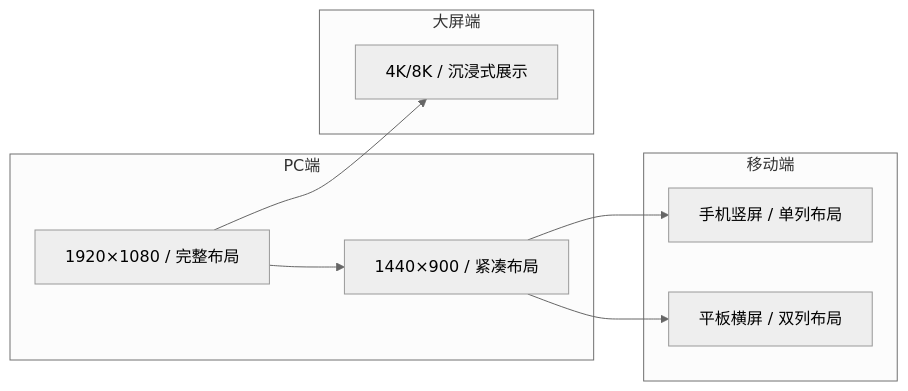
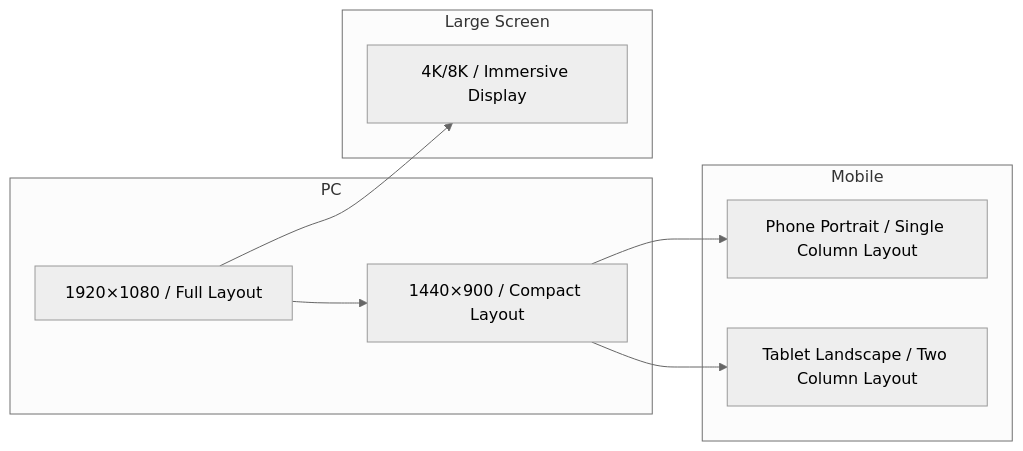
One commit to Kirky-X/cangjie changed the fifth of 9 diagrams in templates/产品/运营层/【模板】数据看板.md. Above: the diagram before and after it, drawn with Mermaid (neutral theme). The commit also changed other lines of this file and 60 other files, not shown here.

````diff
--- a/templates/产品/运营层/【模板】数据看板.md
+++ b/templates/产品/运营层/【模板】数据看板.md
@@ -219,23 +211,21 @@
 ```mermaid
-
-
 flowchart LR
-    subgraph "PC端"
-        P1["1920×1080 / 完整布局"]
-        P2["1440×900 / 紧凑布局"]
+    subgraph "PC"
+        P1["1920×1080 / Full Layout"]
+        P2["1440×900 / Compact Layout"]
     end
 
-    subgraph "大屏端"
-        L1["4K/8K / 沉浸式展示"]
+    subgraph "Large Screen"
+        L1["4K/8K / Immersive Display"]
     end
 
-    subgraph "移动端"
-        M1["手机竖屏 / 单列布局"]
-        M2["平板横屏 / 双列布局"]
+    subgraph "Mobile"
+        M1["Phone Portrait / Single Column Layout"]
+        M2["Tablet Landscape / Two Column Layout"]
     end
 
     P1 --> P2
     P1 --> L1
     P2 --> M1
     P2 --> M2
 ```
````
